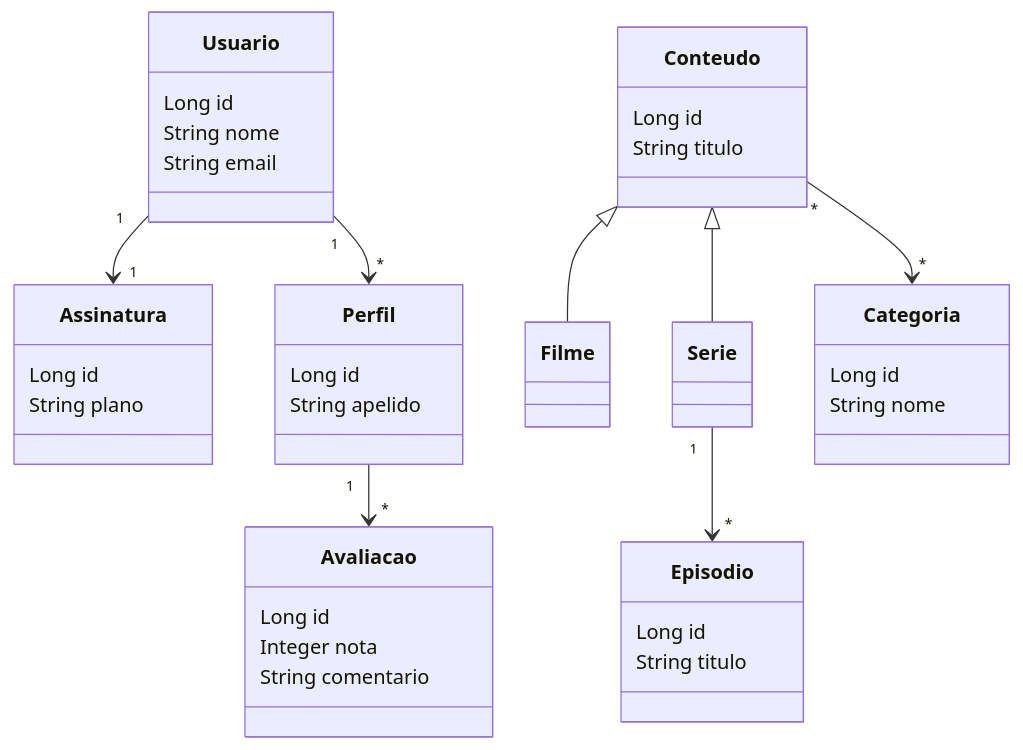
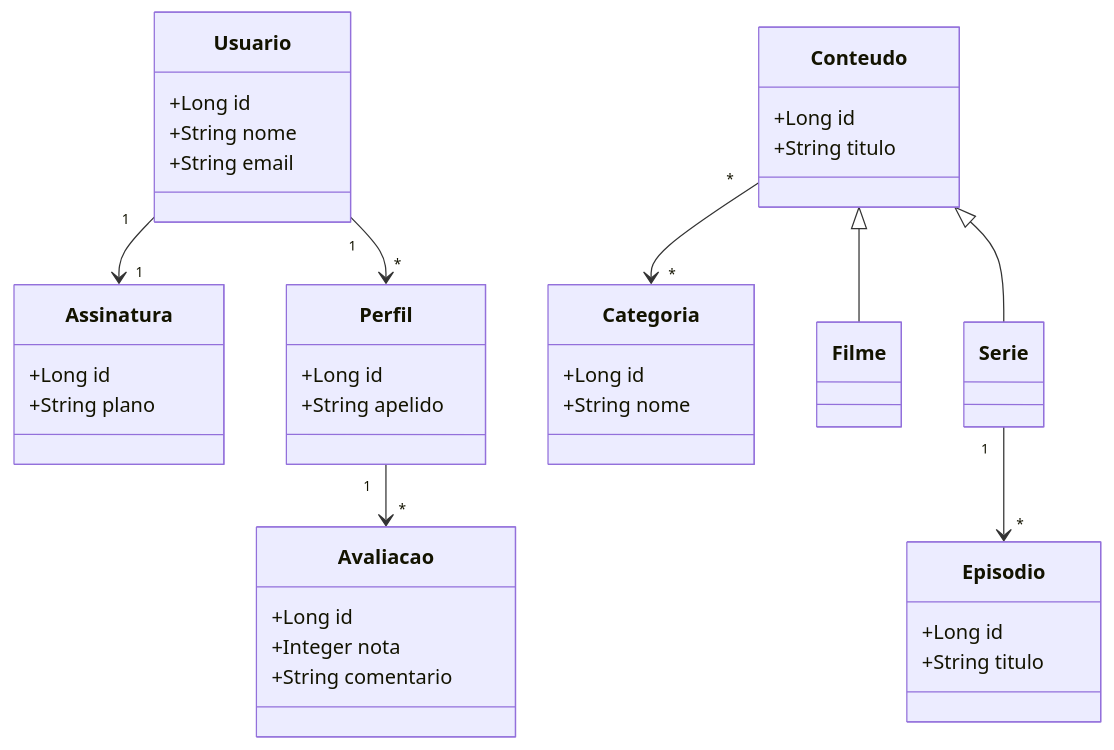
The diagram in src/README.md (jhDrech/streaming), drawn with Mermaid before and after one commit.

````diff
--- a/src/README.md
+++ b/src/README.md
@@ -22,43 +22,41 @@
 ```mermaid
 classDiagram
     class Usuario {
-        Long id
-        String nome
-        String email
+        +Long id
+        +String nome
+        +String email
     }
     class Assinatura {
-        Long id
-        String plano
+        +Long id
+        +String plano
     }
     class Perfil {
-        Long id
-        String apelido
+        +Long id
+        +String apelido
     }
     class Avaliacao {
-        Long id
-        Integer nota
-        String comentario
+        +Long id
+        +Integer nota
+        +String comentario
     }
     class Conteudo {
-        Long id
-        String titulo
+        +Long id
+        +String titulo
     }
-    class Filme
-    class Serie
     class Episodio {
-        Long id
-        String titulo
+        +Long id
+        +String titulo
     }
     class Categoria {
-        Long id
-        String nome
+        +Long id
+        +String nome
     }
 
     Usuario "1" --> "1" Assinatura
     Usuario "1" --> "*" Perfil
     Perfil "1" --> "*" Avaliacao
     Conteudo <|-- Filme
     Conteudo <|-- Serie
     Serie "1" --> "*" Episodio
     Conteudo "*" --> "*" Categoria
 ```
````
